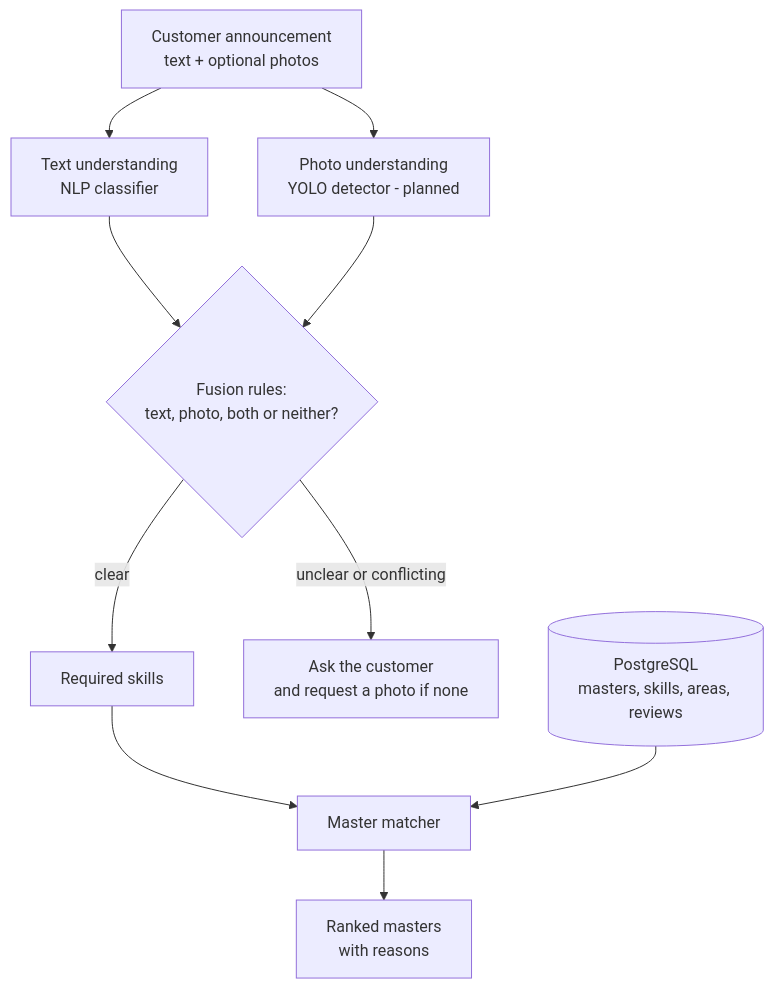
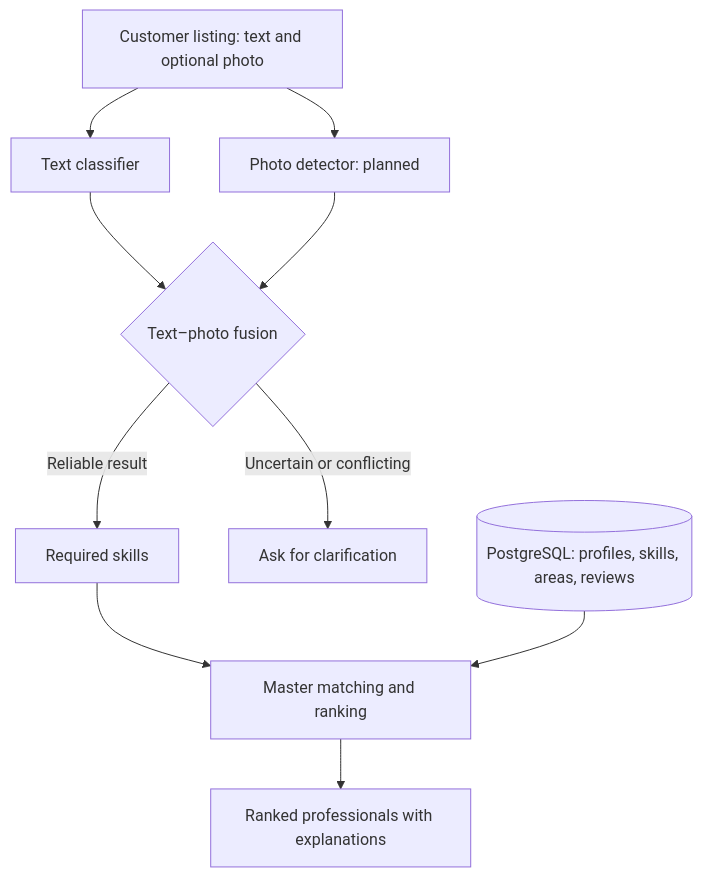
Before and after one commit to khumar-xanim/TAPDIX: the diagram in README.md, drawn with Mermaid. The commit also changed other lines of this file, not shown here.

````diff
--- a/README.md
+++ b/README.md
@@ -46,12 +38,12 @@
 ```mermaid
 flowchart TD
-    A["Customer announcement<br/>text + optional photos"] --> B["Text understanding<br/>NLP classifier"]
-    A --> C["Photo understanding<br/>YOLO detector - planned"]
-    B --> D{"Fusion rules:<br/>text, photo, both or neither?"}
+    A[Customer listing: text and optional photo] --> B[Text classifier]
+    A --> C[Photo detector: planned]
+    B --> D{Text–photo fusion}
     C --> D
-    D -->|"clear"| E["Required skills"]
-    D -->|"unclear or conflicting"| F["Ask the customer<br/>and request a photo if none"]
-    E --> G["Master matcher"]
-    H[("PostgreSQL<br/>masters, skills, areas, reviews")] --> G
-    G --> I["Ranked masters<br/>with reasons"]
+    D -->|Reliable result| E[Required skills]
+    D -->|Uncertain or conflicting| F[Ask for clarification]
+    E --> G[Master matching and ranking]
+    H[(PostgreSQL: profiles, skills, areas, reviews)] --> G
+    G --> I[Ranked professionals with explanations]
 ```
````
